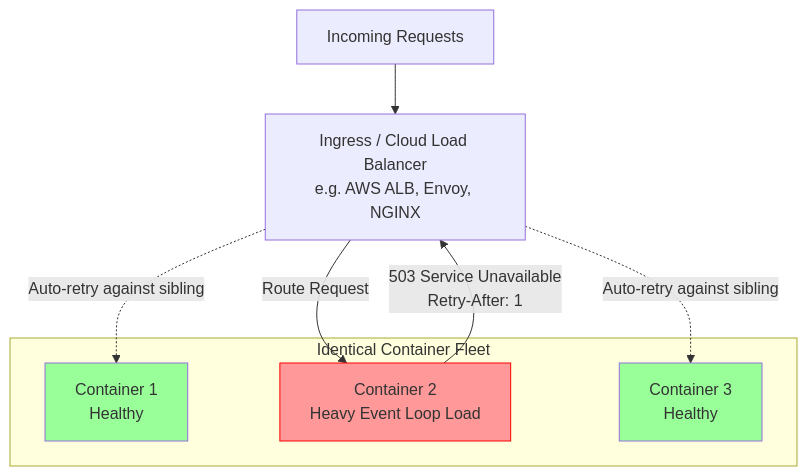
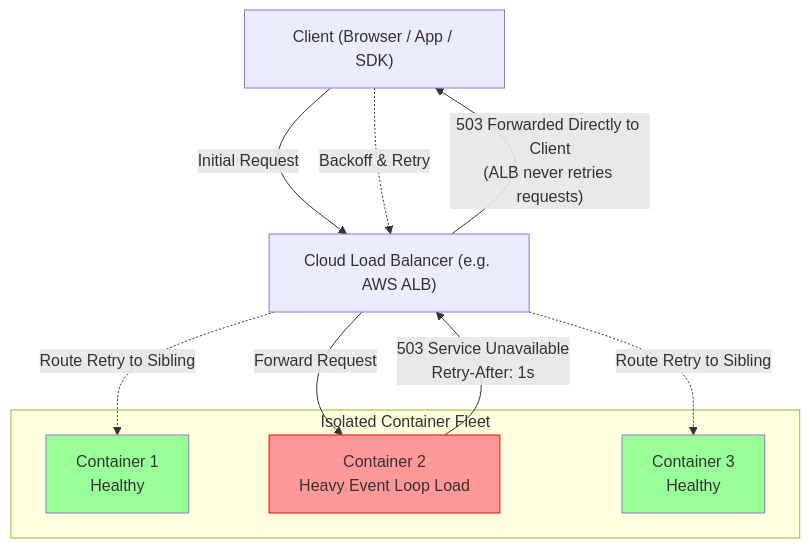
Before and after one commit to andylockran/overload-protection: diagram 13 of 13 in readme.md, drawn with Mermaid. The commit also changed other lines of this file and 4 other files, not shown here.

````diff
--- a/readme.md
+++ b/readme.md
@@ -908,19 +914,22 @@
 ```mermaid
 flowchart TD
-    Client[Incoming Requests] --> LB[Ingress / Cloud Load Balancer<br/>e.g. AWS ALB, Envoy, NGINX]
+    Client["Client (Browser / App / SDK)"] -->|"Initial Request"| LB["Cloud Load Balancer (e.g. AWS ALB)"]
     
-    subgraph Fleet [Identical Container Fleet]
-        C1[Container 1<br/>Healthy]
-        C2[Container 2<br/>Heavy Event Loop Load]
-        C3[Container 3<br/>Healthy]
+    subgraph Fleet ["Isolated Container Fleet"]
+        C1["Container 1<br/>Healthy"]
+        C2["Container 2<br/>Heavy Event Loop Load"]
+        C3["Container 3<br/>Healthy"]
     end
     
-    LB -->|Route Request| C2
-    C2 -->|503 Service Unavailable<br/>Retry-After: 1| LB
-    LB -.->|Auto-retry against sibling| C1
-    LB -.->|Auto-retry against sibling| C3
+    LB -->|"Forward Request"| C2
+    C2 -->|"503 Service Unavailable<br/>Retry-After: 1s"| LB
+    LB -->|"503 Forwarded Directly to Client<br/>(ALB never retries requests)"| Client
+    
+    Client -.->|"Backoff & Retry"| LB
+    LB -.->|"Route Retry to Sibling"| C1
+    LB -.->|"Route Retry to Sibling"| C3
     
     style C2 fill:#ff9999,stroke:#ff0000
     style C1 fill:#99ff99
     style C3 fill:#99ff99
 ```
````
